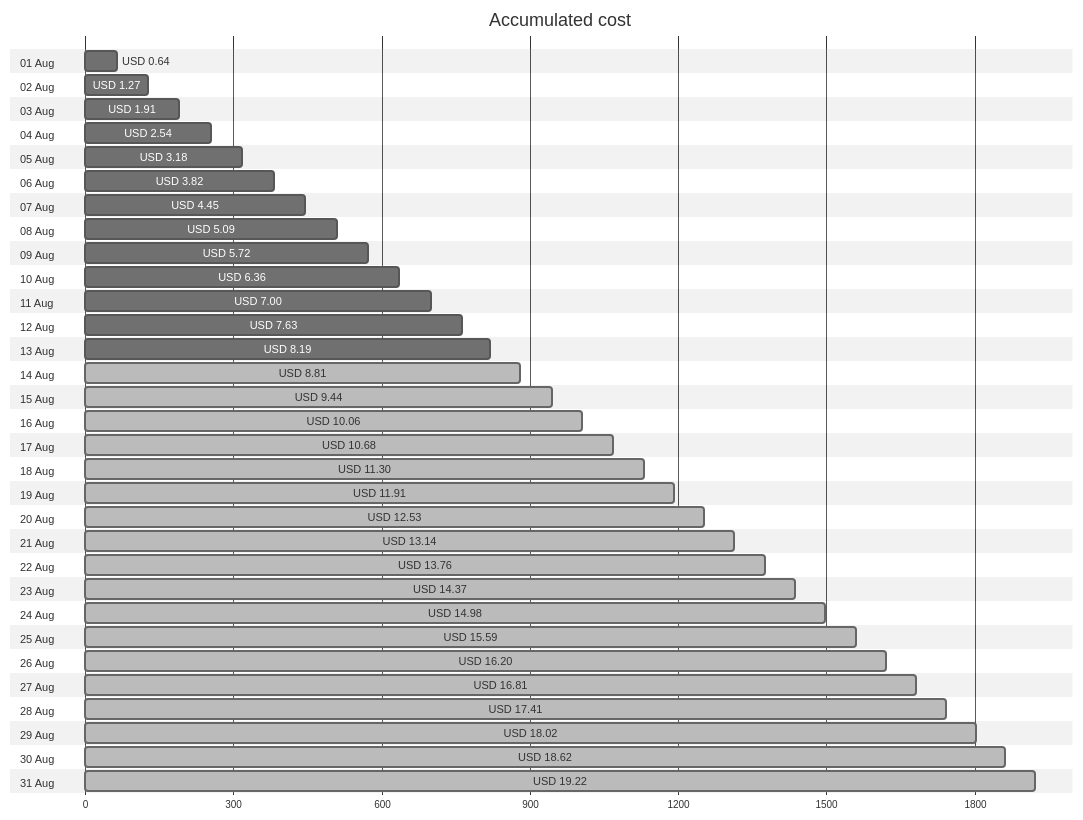
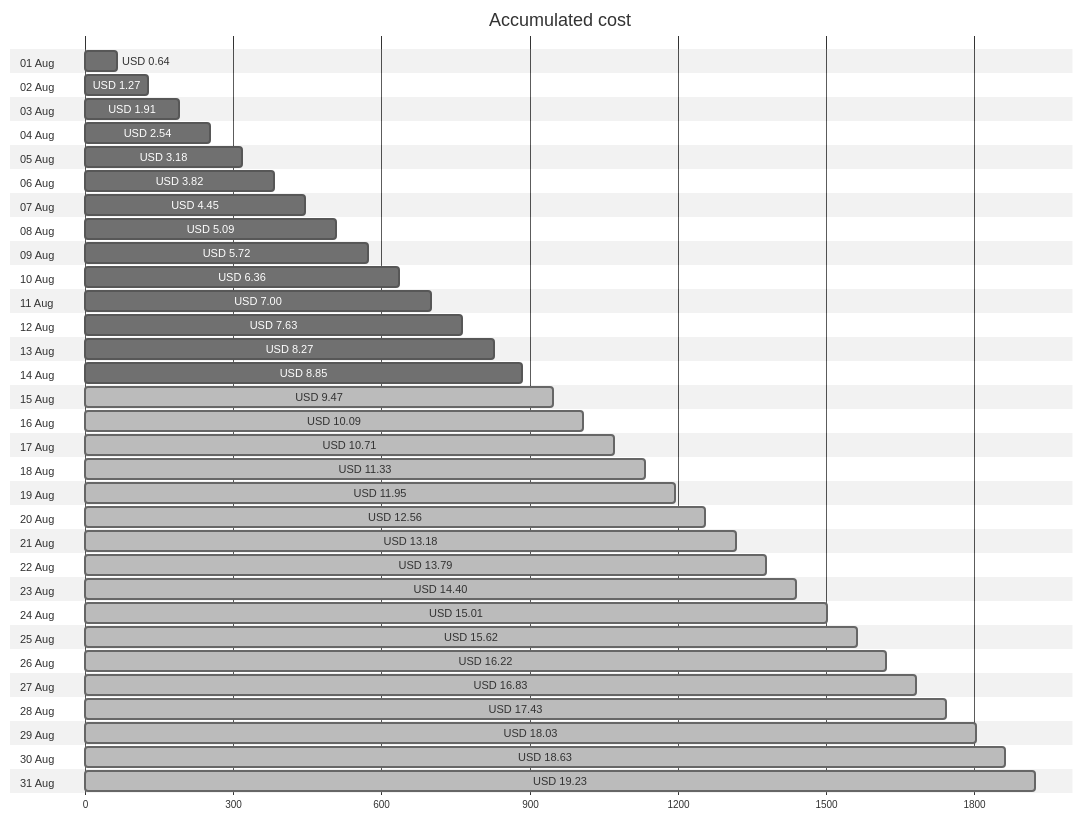
Before and after one commit to jpfulton/azure-personal-reports: the first of 4 diagrams in cost-reports/accumulated-cost.md, drawn with Mermaid (neutral theme). The commit also changed other lines of this file and 4 other files, not shown here.

````diff
--- a/cost-reports/accumulated-cost.md
+++ b/cost-reports/accumulated-cost.md
@@ -20,68 +20,68 @@
 ```mermaid
 gantt
    title Accumulated cost
    dateFormat  X
    axisFormat %s
    section 01 Aug
    USD 0.64 :0, 64
    section 02 Aug
    USD 1.27 :0, 127
    section 03 Aug
    USD 1.91 :0, 191
    section 04 Aug
    USD 2.54 :0, 254
    section 05 Aug
    USD 3.18 :0, 318
    section 06 Aug
    USD 3.82 :0, 382
    section 07 Aug
    USD 4.45 :0, 445
    section 08 Aug
    USD 5.09 :0, 509
    section 09 Aug
    USD 5.72 :0, 572
    section 10 Aug
    USD 6.36 :0, 636
    section 11 Aug
    USD 7.00 :0, 700
    section 12 Aug
    USD 7.63 :0, 763
    section 13 Aug
-   USD 8.19 :0, 819
+   USD 8.27 :0, 827
    section 14 Aug
-   USD 8.81 : done, 0, 881
+   USD 8.85 :0, 885
    section 15 Aug
-   USD 9.44 : done, 0, 944
+   USD 9.47 : done, 0, 947
    section 16 Aug
-   USD 10.06 : done, 0, 1006
+   USD 10.09 : done, 0, 1009
    section 17 Aug
-   USD 10.68 : done, 0, 1068
+   USD 10.71 : done, 0, 1071
    section 18 Aug
-   USD 11.30 : done, 0, 1130
+   USD 11.33 : done, 0, 1133
    section 19 Aug
-   USD 11.91 : done, 0, 1191
+   USD 11.95 : done, 0, 1195
    section 20 Aug
-   USD 12.53 : done, 0, 1253
+   USD 12.56 : done, 0, 1256
    section 21 Aug
-   USD 13.14 : done, 0, 1314
+   USD 13.18 : done, 0, 1318
    section 22 Aug
-   USD 13.76 : done, 0, 1376
+   USD 13.79 : done, 0, 1379
    section 23 Aug
-   USD 14.37 : done, 0, 1437
+   USD 14.40 : done, 0, 1440
    section 24 Aug
-   USD 14.98 : done, 0, 1498
+   USD 15.01 : done, 0, 1501
    section 25 Aug
-   USD 15.59 : done, 0, 1559
+   USD 15.62 : done, 0, 1562
    section 26 Aug
-   USD 16.20 : done, 0, 1620
+   USD 16.22 : done, 0, 1622
    section 27 Aug
-   USD 16.81 : done, 0, 1681
+   USD 16.83 : done, 0, 1683
    section 28 Aug
-   USD 17.41 : done, 0, 1741
+   USD 17.43 : done, 0, 1743
    section 29 Aug
-   USD 18.02 : done, 0, 1802
+   USD 18.03 : done, 0, 1803
    section 30 Aug
-   USD 18.62 : done, 0, 1862
+   USD 18.63 : done, 0, 1863
    section 31 Aug
-   USD 19.22 : done, 0, 1922
+   USD 19.23 : done, 0, 1923
 ```
````
